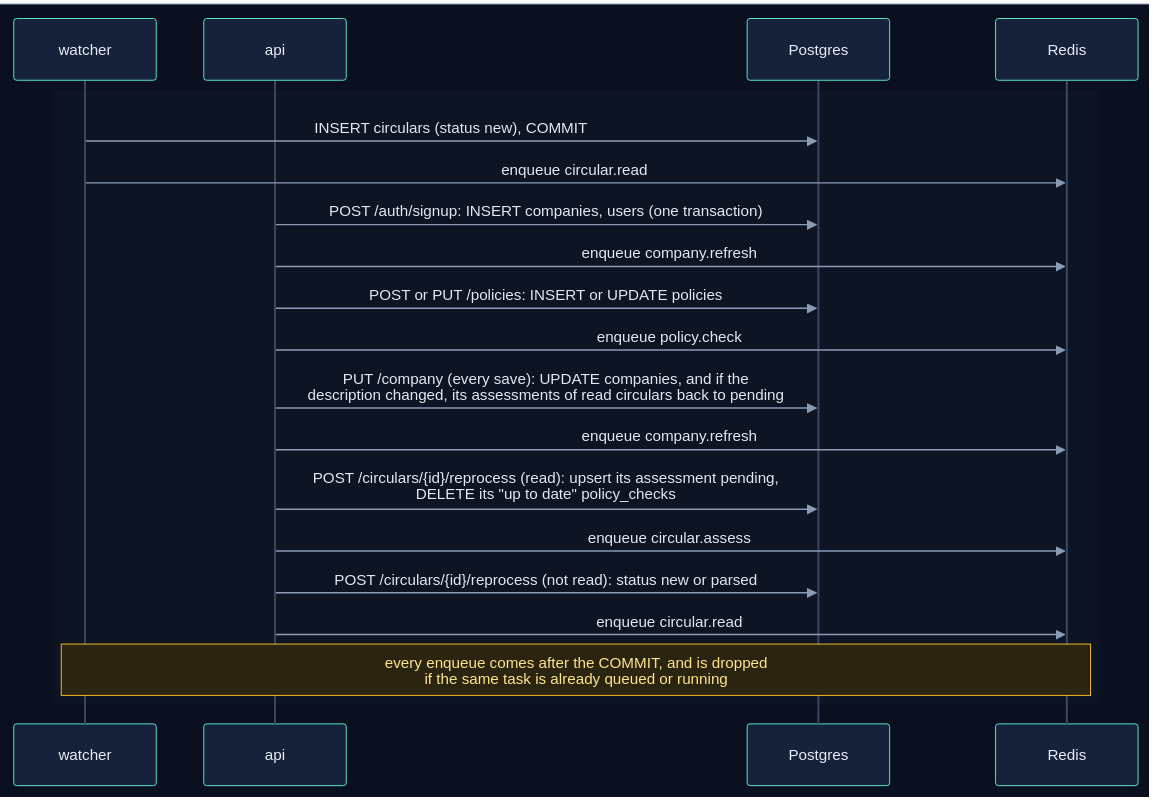
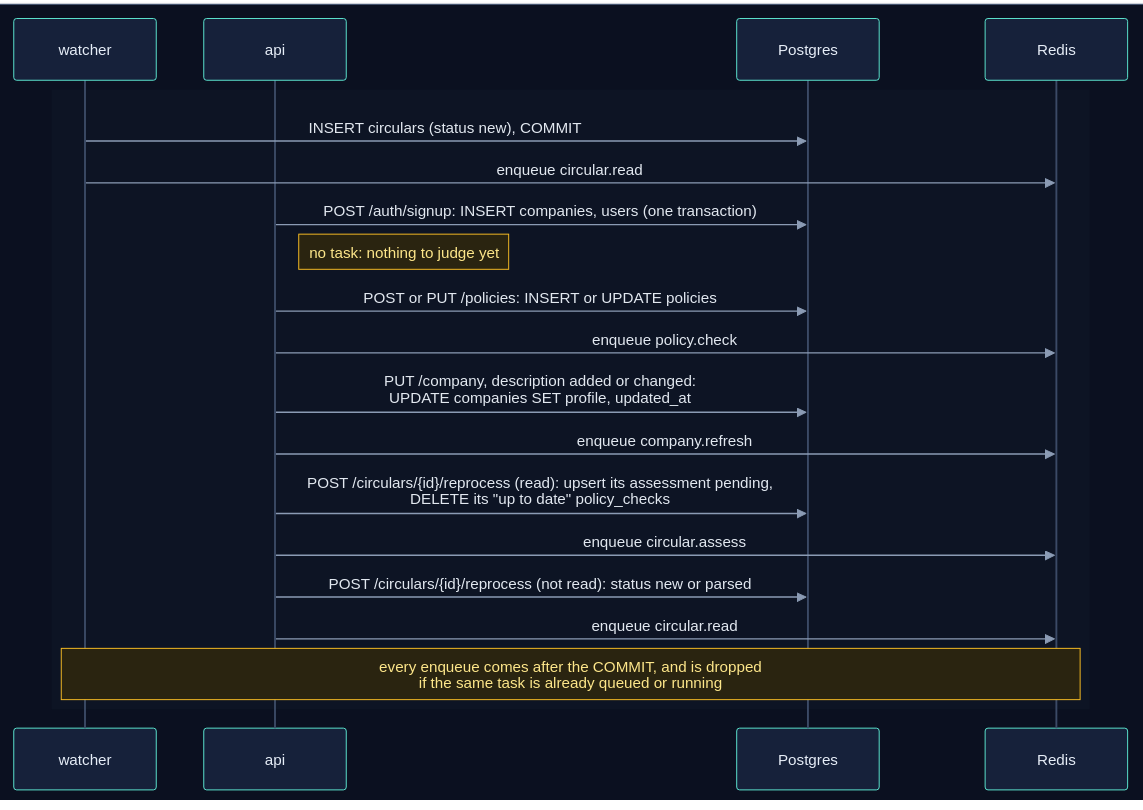
One commit to selvakumarperumal/Regulatory_Circular_Impact_Agent changed diagram 44 of 44 in backend/worker/INTERNALS.md. Above: the diagram before and after it, drawn with Mermaid. The commit also changed other lines of this file and 4 other files, not shown here.

````diff
--- a/backend/worker/INTERNALS.md
+++ b/backend/worker/INTERNALS.md
@@ -2376,26 +2418,26 @@
 ```mermaid
 %%{init: {"theme": "base", "sequence": {"diagramMarginX": 0, "diagramMarginY": 0}, "themeVariables": {"darkMode": true, "primaryColor": "#16213a", "primaryTextColor": "#e6edf7", "primaryBorderColor": "#475a7a", "lineColor": "#8b9bb4", "secondaryColor": "#1b2436", "tertiaryColor": "#101a2e", "edgeLabelBackground": "#0f172a", "textColor": "#e2e8f0", "actorBkg": "#16213a", "actorBorder": "#5eead4", "actorTextColor": "#e6edf7", "actorLineColor": "#3b4a66", "signalColor": "#8b9bb4", "signalTextColor": "#e2e8f0", "noteBkgColor": "#2a2410", "noteBorderColor": "#fbbf24", "noteTextColor": "#fde68a", "labelBoxBkgColor": "#1e293b", "labelBoxBorderColor": "#64748b", "labelTextColor": "#e2e8f0", "loopTextColor": "#c4b5fd", "sequenceNumberColor": "#0b1020", "activationBkgColor": "#1e293b"}}}%%
 sequenceDiagram
     box rgb(11, 16, 32)
         participant W as watcher
         participant A as api
         participant PG as Postgres
         participant R as Redis
     end
 
     rect rgb(13, 20, 36)
         W->>PG: INSERT circulars (status new), COMMIT
         W->>R: enqueue circular.read
         A->>PG: POST /auth/signup: INSERT companies, users (one transaction)
-        A->>R: enqueue company.refresh
+        Note right of A: no task: nothing to judge yet
         A->>PG: POST or PUT /policies: INSERT or UPDATE policies
         A->>R: enqueue policy.check
-        A->>PG: PUT /company (every save): UPDATE companies, and if the<br/>description changed, its assessments of read circulars back to pending
+        A->>PG: PUT /company, description added or changed:<br/>UPDATE companies SET profile, updated_at
         A->>R: enqueue company.refresh
         A->>PG: POST /circulars/{id}/reprocess (read): upsert its assessment pending,<br/>DELETE its "up to date" policy_checks
         A->>R: enqueue circular.assess
         A->>PG: POST /circulars/{id}/reprocess (not read): status new or parsed
         A->>R: enqueue circular.read
         Note over W,R: every enqueue comes after the COMMIT, and is dropped<br/>if the same task is already queued or running
     end
 ```
````
